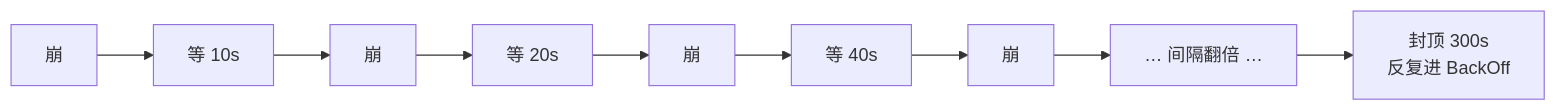
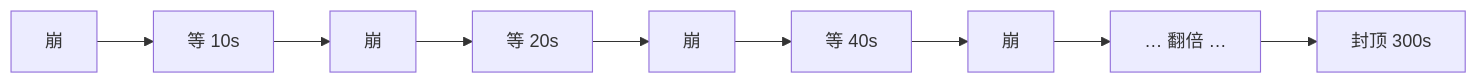
Before and after one commit to ml-cuizijun/LearnToLilith: the third of 7 diagrams in 03-Kubernetes/04-Pod生命周期/知识点.md, drawn with Mermaid. The commit also changed other lines of this file and 178 other files, not shown here.

````diff
--- a/03-Kubernetes/04-Pod生命周期/知识点.md
+++ b/03-Kubernetes/04-Pod生命周期/知识点.md
@@ -228,4 +250,4 @@
 ```mermaid
 flowchart LR
-    C1["崩"] --> W1["等 10s"] --> C2["崩"] --> W2["等 20s"] --> C3["崩"] --> W3["等 40s"] --> C4["崩"] --> WD["… 间隔翻倍 …"] --> CAP["封顶 300s<br/>反复进 BackOff"]
+    C1["崩"] --> W1["等 10s"] --> C2["崩"] --> W2["等 20s"] --> C3["崩"] --> W3["等 40s"] --> C4["崩"] --> WD["… 翻倍 …"] --> CAP["封顶 300s"]
 ```
````
